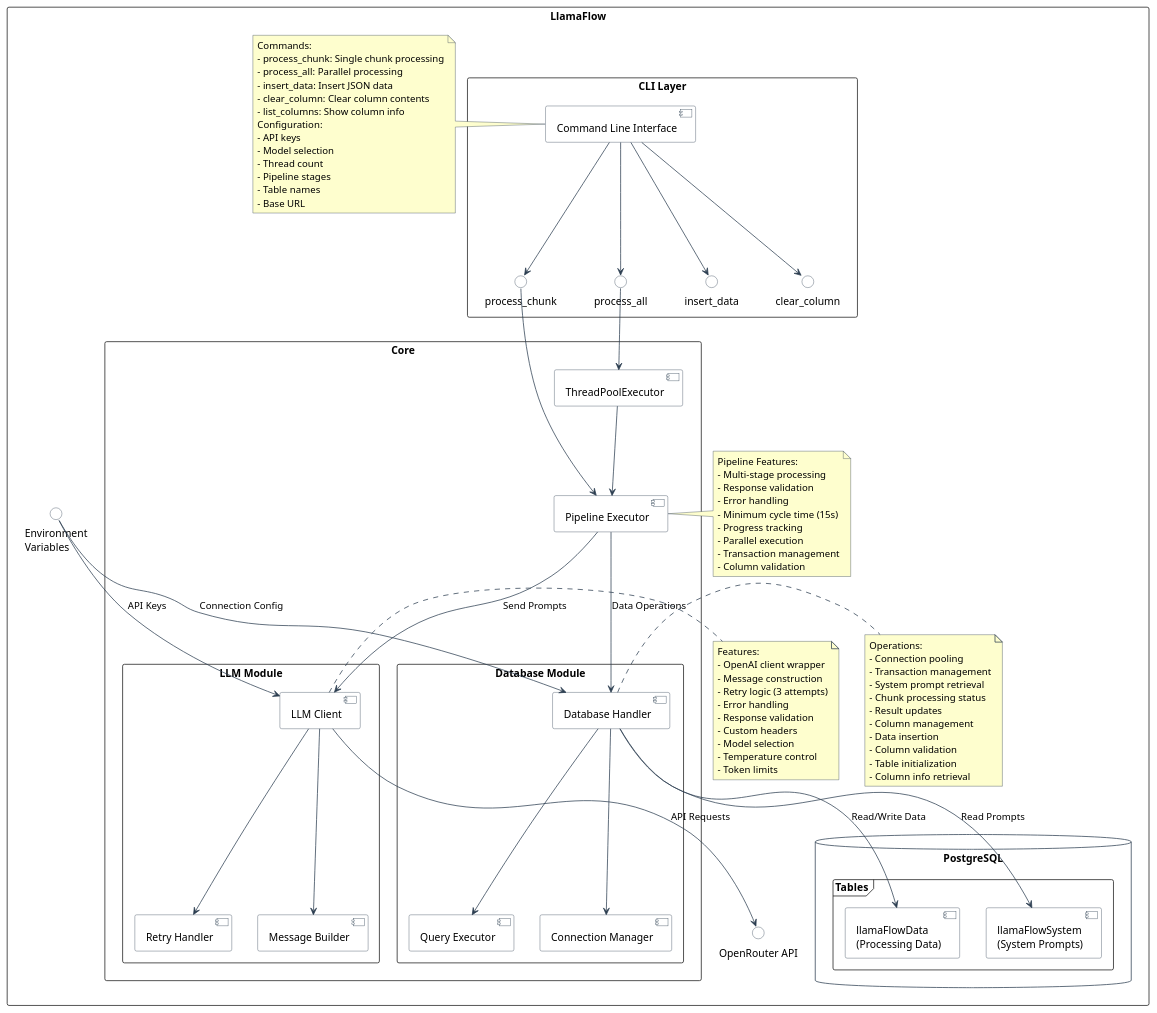
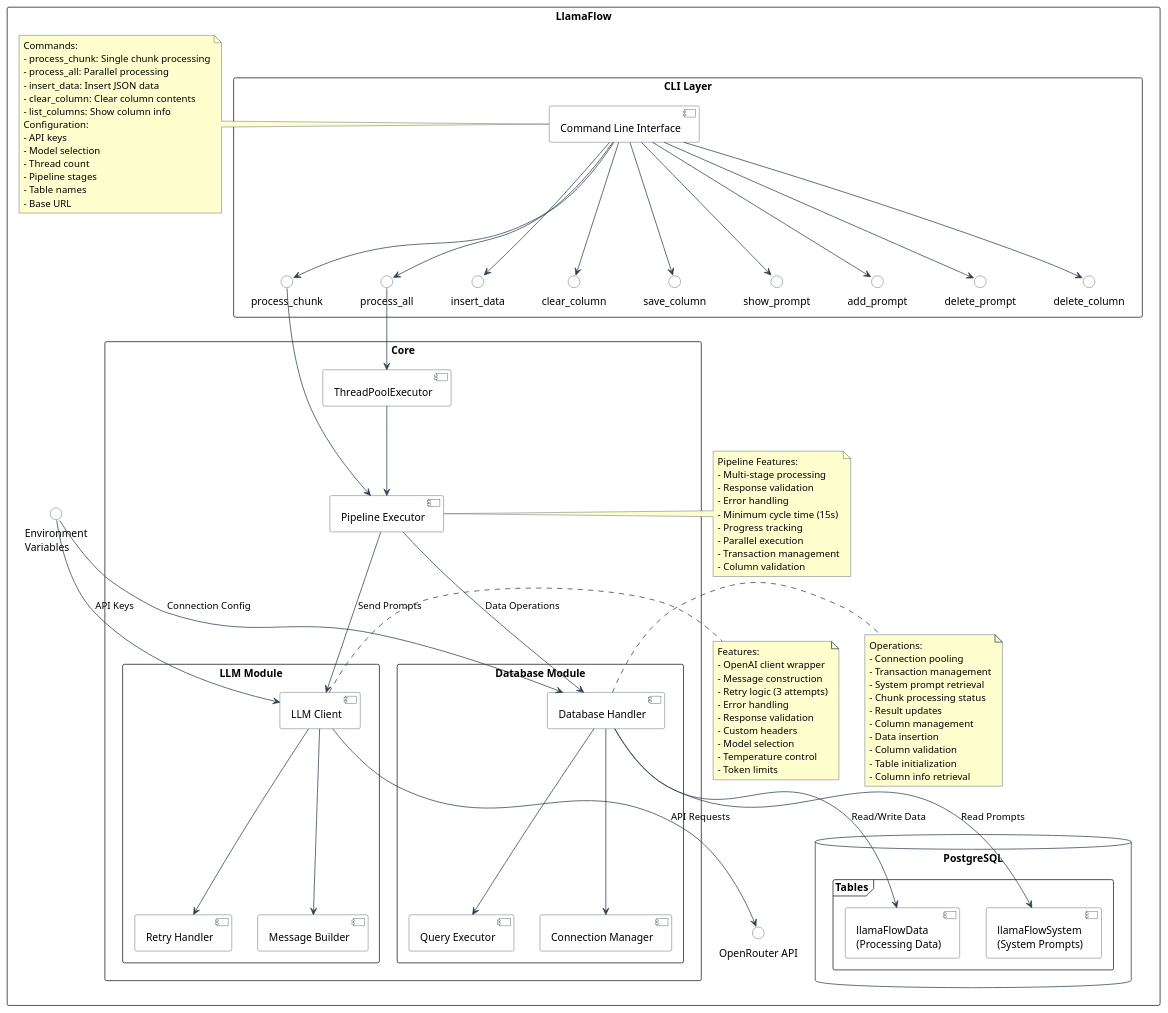
Before and after one commit to chrismrutherford/cliDataForge: the diagram in llamaflow/architecture.puml, drawn with PlantUML. The commit also changed 1 other file, not shown here.

Commit message:
docs: Update README and architecture diagram with new features and commands

```diff
--- a/llamaflow/architecture.puml
+++ b/llamaflow/architecture.puml
@@ -1,155 +1,165 @@
 @startuml LlamaFlow Architecture
 
 ' Java styling
 skinparam defaultFontName SansSerif
 skinparam backgroundColor white
 skinparam handwritten false
 skinparam shadowing false
 skinparam stereotypeCBackgroundColor white
 skinparam packageStyle rectangle
 
 ' Java-specific styling
 skinparam class {
     BackgroundColor white
     ArrowColor #2C3E50
     BorderColor #2C3E50
 }
 
 skinparam component {
     BackgroundColor white
     BorderColor #2C3E50
     ArrowColor #2C3E50
 }
 
 skinparam interface {
     BackgroundColor white
     BorderColor #2C3E50
 }
 
 skinparam note {
     BackgroundColor #FEFECE
     BorderColor #2C3E50
 }
 
 skinparam database {
     BackgroundColor white
     BorderColor #2C3E50
 }
 
 package "LlamaFlow" {
     package "CLI Layer" {
         [Command Line Interface] as CLI
         interface "process_chunk" as PC
         interface "process_all" as PA
         interface "insert_data" as ID
         interface "clear_column" as CC
+        interface "save_column" as SC
+        interface "show_prompt" as SP
+        interface "add_prompt" as AP
+        interface "delete_prompt" as DP
+        interface "delete_column" as DC
         CLI --> PC
         CLI --> PA
         CLI --> ID
         CLI --> CC
+        CLI --> SC
+        CLI --> SP
+        CLI --> AP
+        CLI --> DP
+        CLI --> DC
     }
 
     package "Core" {
         [Pipeline Executor] as Executor
         [ThreadPoolExecutor] as TPE
         
         package "LLM Module" {
             [LLM Client] as LLM
             [Message Builder] as MB
             [Retry Handler] as RH
             LLM --> MB
             LLM --> RH
         }
         
         package "Database Module" {
             [Database Handler] as DB
             [Connection Manager] as CM
             [Query Executor] as QE
             DB --> CM
             DB --> QE
         }
     }
 
     database "PostgreSQL" {
         frame "Tables" {
             [llamaFlowSystem\n(System Prompts)] as SysTable
             [llamaFlowData\n(Processing Data)] as DataTable
         }
     }
 
     interface "OpenRouter API" as LLMAPI
     interface "Environment\nVariables" as ENV
 
     ' Main Flow
     PC --> Executor
     PA --> TPE
     TPE --> Executor
     Executor --> LLM : "Send Prompts"
     Executor --> DB : "Data Operations"
     
     ' Database Connections
     DB --> SysTable : "Read Prompts"
     DB --> DataTable : "Read/Write Data"
     ENV --> DB : "Connection Config"
     
     ' LLM Connections
     LLM --> LLMAPI : "API Requests"
     ENV --> LLM : "API Keys"
 
     note right of CLI
         Commands:
         - process_chunk: Single chunk processing
         - process_all: Parallel processing
         - insert_data: Insert JSON data
         - clear_column: Clear column contents
         - list_columns: Show column info
         Configuration:
         - API keys
         - Model selection
         - Thread count
         - Pipeline stages
         - Table names
         - Base URL
     end note
 
     note right of Executor
         Pipeline Features:
         - Multi-stage processing
         - Response validation
         - Error handling
         - Minimum cycle time (15s)
         - Progress tracking
         - Parallel execution
         - Transaction management
         - Column validation
     end note
 
     note right of LLM
         Features:
         - OpenAI client wrapper
         - Message construction
         - Retry logic (3 attempts)
         - Error handling
         - Response validation
         - Custom headers
         - Model selection
         - Temperature control
         - Token limits
     end note
 
     note right of DB
         Operations:
         - Connection pooling
         - Transaction management
         - System prompt retrieval
         - Chunk processing status
         - Result updates
         - Column management
         - Data insertion
         - Column validation
         - Table initialization
         - Column info retrieval
     end note
 }
 
 @enduml
```
